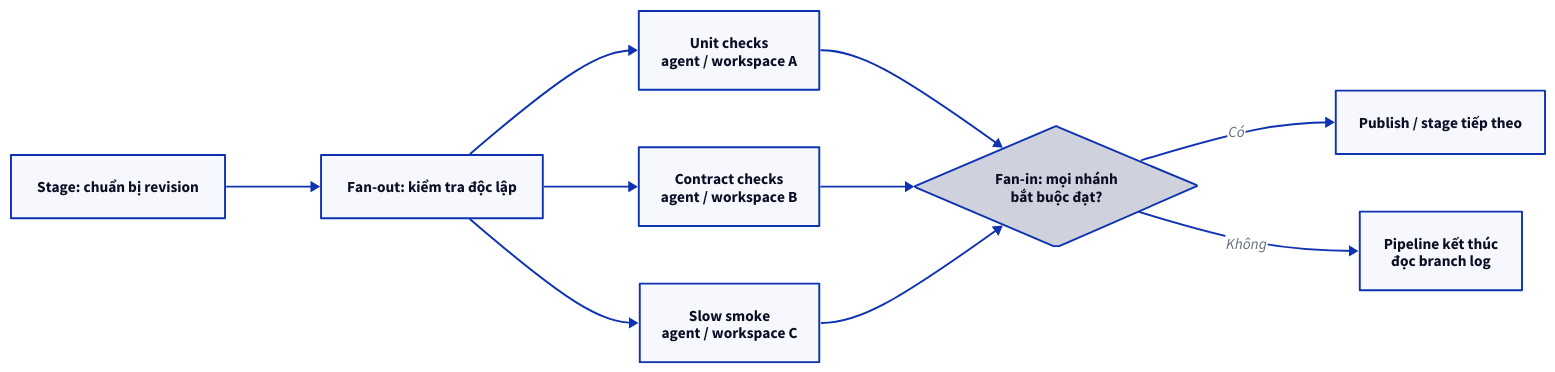
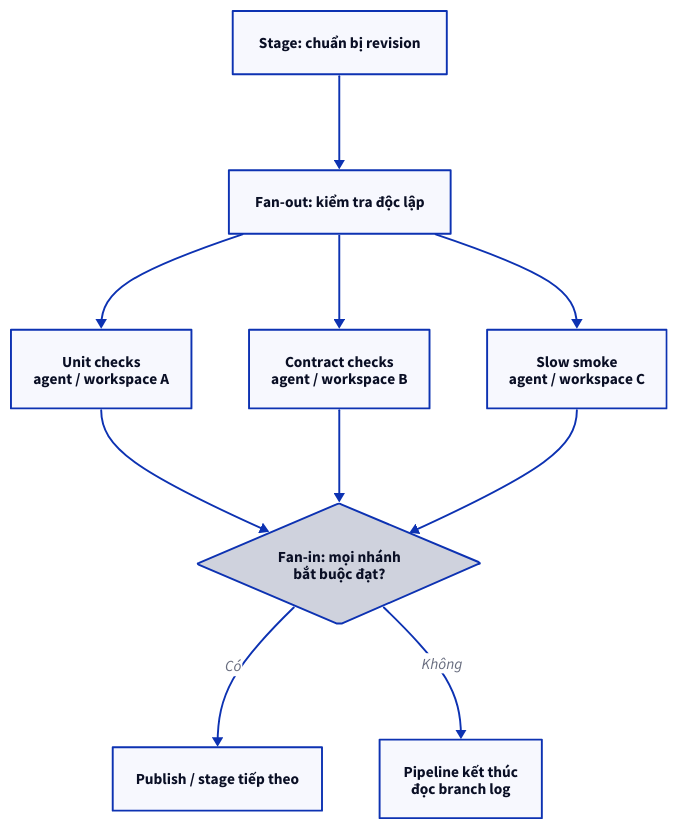
Before and after one commit to vanhiep99w/jenkins-learn: the diagram in content/docs/pipelines/parallel.mdx, drawn with D2. The commit also changed 62 other files, not shown here.

Commit message:
fix: improve diagram layouts and inline readability

````diff
--- a/content/docs/pipelines/parallel.mdx
+++ b/content/docs/pipelines/parallel.mdx
@@ -55,23 +55,23 @@
-```d2 title="Fan-out, fan-in và chi phí điều phối"
-direction: right
+```d2 title="Fan-out, fan-in và chi phí điều phối" layout=elk
+direction: down
 A: "Stage: chuẩn bị revision"
 B: "Fan-out: kiểm tra độc lập"
 C: "Unit checks\nagent / workspace A"
 D: "Contract checks\nagent / workspace B"
 E: "Slow smoke\nagent / workspace C"
 F: "Fan-in: mọi nhánh\nbắt buộc đạt?" {
   shape: diamond
 }
 G: "Publish / stage tiếp theo"
 H: "Pipeline kết thúc\nđọc branch log"
 
 A -> B
 B -> C
 B -> D
 B -> E
 C -> F
 D -> F
 E -> F
 F -> G: "Có"
 F -> H: "Không"
 ```
````
